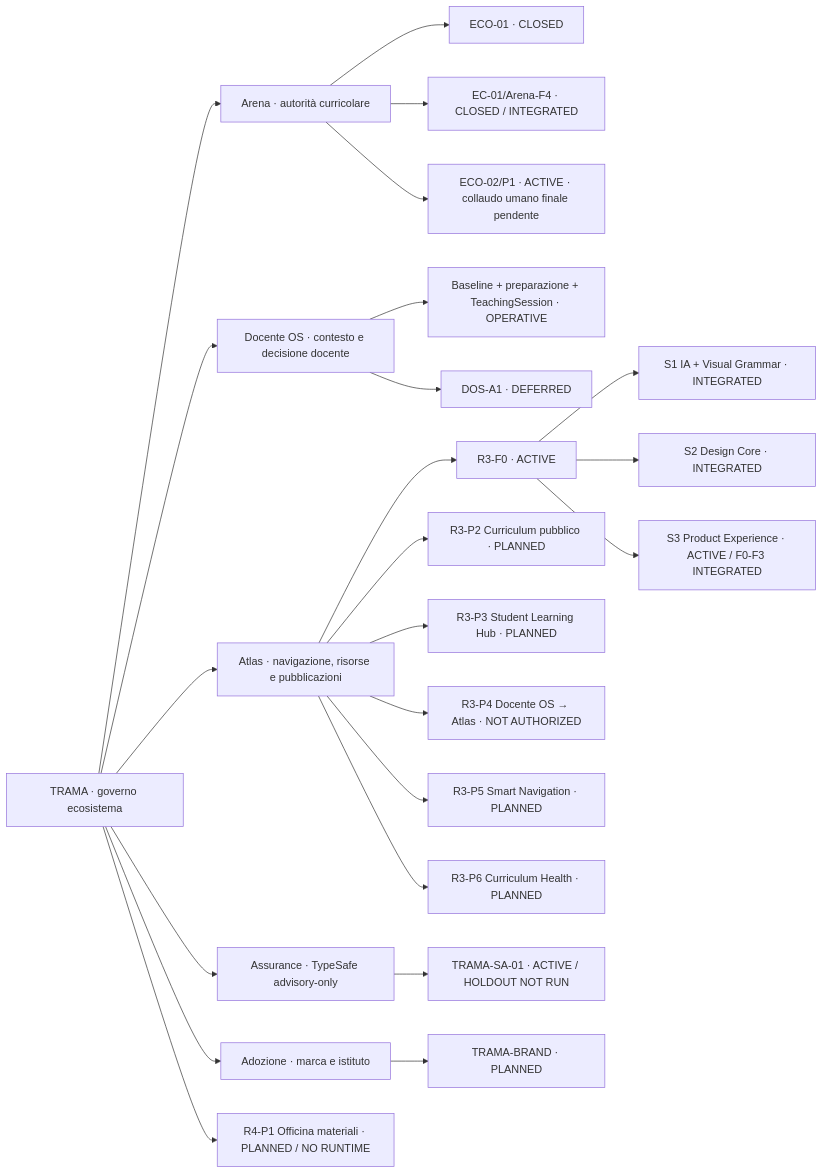
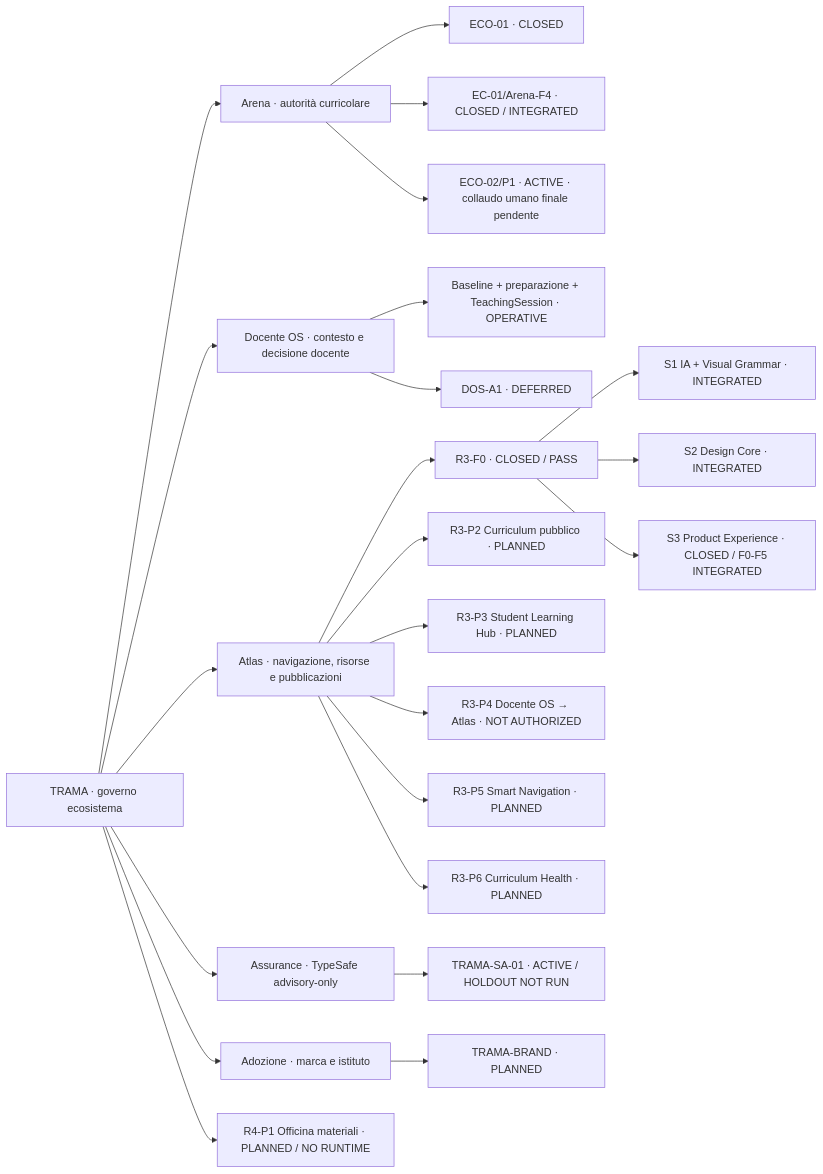
One commit to antoniocorsano-boop/trama-ecosistema changed the diagram in STATUS.md. Above: the diagram before and after it, drawn with Mermaid. The commit also changed other lines of this file, not shown here.

Commit message:
R3-F0: align canonical status after Atlas S3-V2 closure

````diff
--- a/STATUS.md
+++ b/STATUS.md
@@ -8,31 +8,31 @@
 ```mermaid
 flowchart LR
   TRAMA["TRAMA · governo ecosistema"]
 
   TRAMA --> ARENA["Arena · autorità curricolare"]
   TRAMA --> DOS["Docente OS · contesto e decisione docente"]
   TRAMA --> ATLAS["Atlas · navigazione, risorse e pubblicazioni"]
   TRAMA --> ASSURANCE["Assurance · TypeSafe advisory-only"]
   TRAMA --> BRAND["Adozione · marca e istituto"]
 
   ARENA --> ECO01["ECO-01 · CLOSED"]
   ARENA --> ECF4["EC-01/Arena-F4 · CLOSED / INTEGRATED"]
   ARENA --> ECO02["ECO-02/P1 · ACTIVE · collaudo umano finale pendente"]
 
   DOS --> DOSBASE["Baseline + preparazione + TeachingSession · OPERATIVE"]
   DOS --> DOSA1["DOS-A1 · DEFERRED"]
 
-  ATLAS --> R3F0["R3-F0 · ACTIVE"]
+  ATLAS --> R3F0["R3-F0 · CLOSED / PASS"]
   R3F0 --> S1["S1 IA + Visual Grammar · INTEGRATED"]
   R3F0 --> S2["S2 Design Core · INTEGRATED"]
-  R3F0 --> S3["S3 Product Experience · ACTIVE / F0-F3 INTEGRATED"]
+  R3F0 --> S3["S3 Product Experience · CLOSED / F0-F5 INTEGRATED"]
   ATLAS --> R3P2["R3-P2 Curriculum pubblico · PLANNED"]
   ATLAS --> R3P3["R3-P3 Student Learning Hub · PLANNED"]
   ATLAS --> R3P4["R3-P4 Docente OS → Atlas · NOT AUTHORIZED"]
   ATLAS --> R3P5["R3-P5 Smart Navigation · PLANNED"]
   ATLAS --> R3P6["R3-P6 Curriculum Health · PLANNED"]
 
   TRAMA --> R4P1["R4-P1 Officina materiali · PLANNED / NO RUNTIME"]
   ASSURANCE --> TSA["TRAMA-SA-01 · ACTIVE / HOLDOUT NOT RUN"]
   BRAND --> TB["TRAMA-BRAND · PLANNED"]
 ```
````
